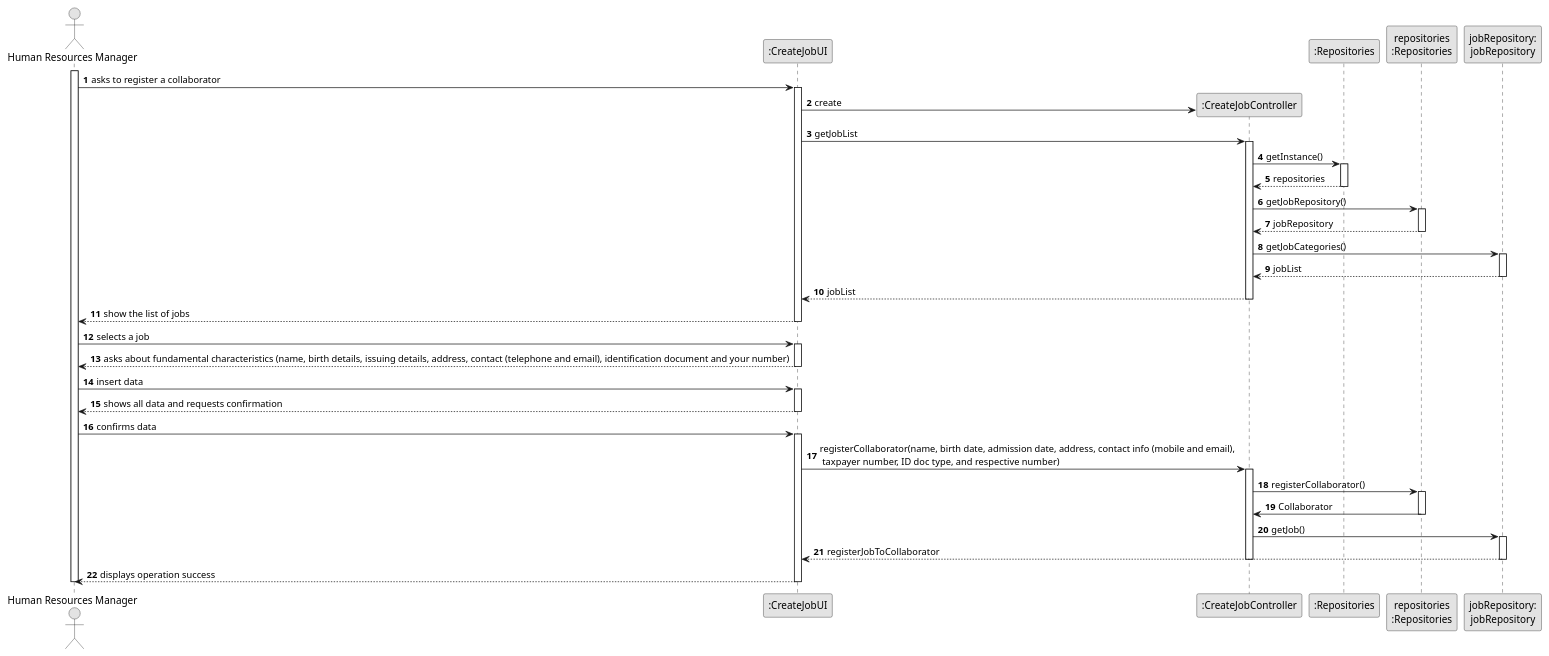
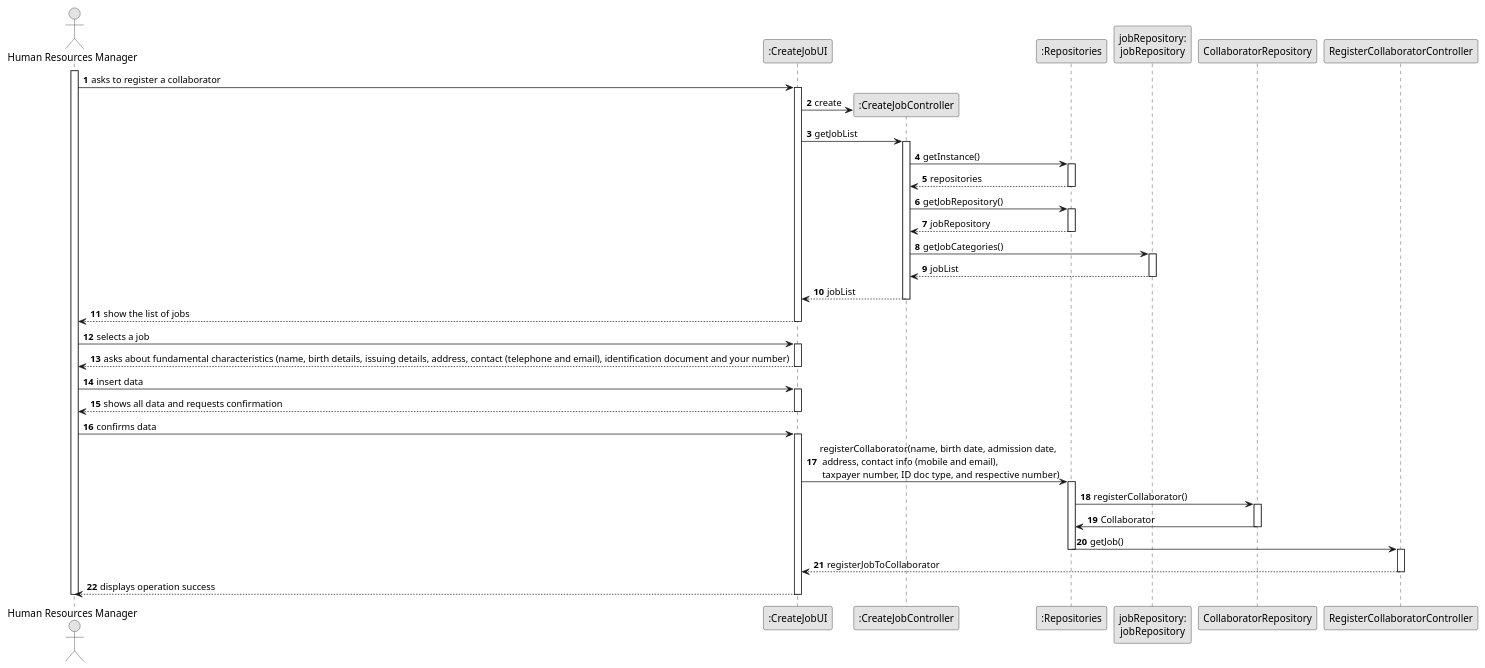
Before and after one commit to Departamento-de-Engenharia-Informatica/lei-24-s2-1dl-g121: the diagram in docs/sprintB/us003/03.design/puml/us003-sequence-diagram-full.puml, drawn with PlantUML. The commit also changed 1 other file, not shown here.

```diff
--- a/docs/sprintB/us003/03.design/puml/us003-sequence-diagram-full.puml
+++ b/docs/sprintB/us003/03.design/puml/us003-sequence-diagram-full.puml
@@ -1,103 +1,102 @@
 @startuml
 skinparam monochrome true
 skinparam packageStyle rectangle
 skinparam shadowing false
 
 autonumber
 
 'hide footbox
 actor "Human Resources Manager" as ADM
 participant ":CreateJobUI" as UI
 participant ":CreateJobController" as CTRL
 participant ":Repositories" as RepositorySingleton
-participant "repositories\n:Repositories" as PLAT
 participant "jobRepository:\njobRepository" as TaskCategoryRepository
-
-
-
+participant "CollaboratorRepository" as SIU
+participant "RegisterCollaboratorController" as POP
 
 
 activate ADM
 
         ADM -> UI : asks to register a collaborator
 
         activate UI
 
 '            UI --> ADM : requests data (reference, description,  informal \n description, technical description, duration, cost)
             'create CTRL
             UI -> CTRL** : create
 
             UI -> CTRL : getJobList
             activate CTRL
 
                 CTRL -> RepositorySingleton : getInstance()
                 activate RepositorySingleton
 
                     RepositorySingleton --> CTRL: repositories
                 deactivate RepositorySingleton
 
-                CTRL -> PLAT : getJobRepository()
-                activate PLAT
+                CTRL -> RepositorySingleton : getJobRepository()
+                activate RepositorySingleton
 
-                    PLAT --> CTRL: jobRepository
-                deactivate PLAT
+                    RepositorySingleton --> CTRL: jobRepository
+                deactivate RepositorySingleton
 
                 CTRL -> TaskCategoryRepository : getJobCategories()
                 activate TaskCategoryRepository
 
                     TaskCategoryRepository --> CTRL : jobList
                 deactivate TaskCategoryRepository
 
                 CTRL --> UI : jobList
             deactivate CTRL
 
             UI --> ADM : show the list of jobs
         deactivate UI
 
     ADM -> UI : selects a job
     activate UI
 
         UI --> ADM : asks about fundamental characteristics (name, birth details, issuing details, address, contact (telephone and email), identification document and your number)
     deactivate UI
 
     ADM -> UI : insert data
     activate UI
 
         UI --> ADM : shows all data and requests confirmation
     deactivate UI
 
     ADM -> UI : confirms data
     activate UI
 
-        UI -> CTRL : registerCollaborator(name, birth date, admission date, address, contact info (mobile and email), \n taxpayer number, ID doc type, and respective number)
-        activate CTRL
+        UI -> RepositorySingleton : registerCollaborator(name, birth date, admission date, \n address, contact info (mobile and email), \n taxpayer number, ID doc type, and respective number)
+        activate RepositorySingleton
 
 
 
 
-                CTRL -> PLAT : registerCollaborator()
-                activate PLAT
 
-                    PLAT -> CTRL : Collaborator
-                deactivate PLAT
+                RepositorySingleton -> SIU : registerCollaborator()
+            activate SIU
 
-                CTRL -> TaskCategoryRepository : getJob()
-                activate TaskCategoryRepository
+                SIU -> RepositorySingleton : Collaborator
+            deactivate SIU
 
-                    TaskCategoryRepository --> UI : registerJobToCollaborator
-                deactivate TaskCategoryRepository
+            RepositorySingleton -> POP : getJob()
+            deactivate RepositorySingleton
+                 activate POP
 
 
+                    POP --> UI : registerJobToCollaborator
+                    deactivate POP
 
 
 
 
             deactivate CTRL
 
             deactivate CTRL
             UI --> ADM: displays operation success
     deactivate UI
 
 deactivate ADM
 
 @enduml
```
